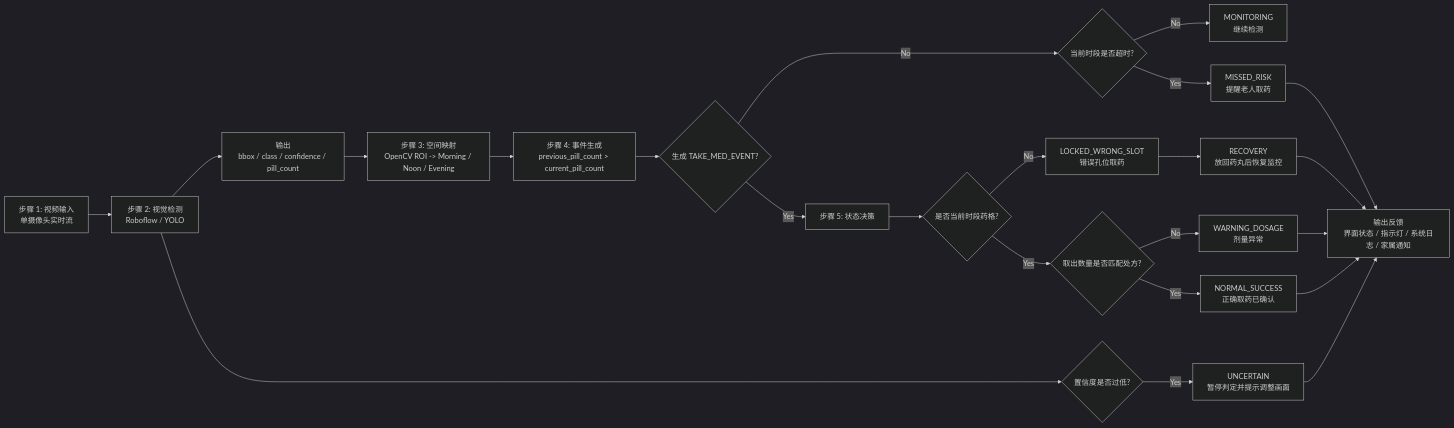
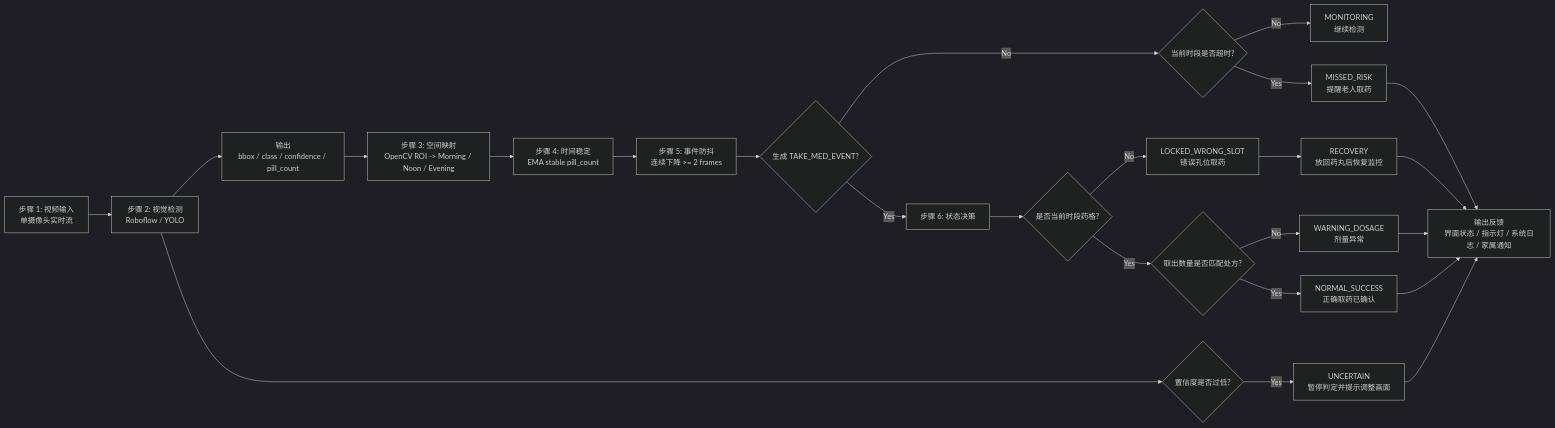
One commit to eleanor-wsyy/Smart_pillbox changed the diagram in docs/v4_flowchart_mermaid.md. Above: the diagram before and after it, drawn with Mermaid (dark theme). The commit also changed other lines of this file and 5 other files, not shown here.

Commit message:
feat: stabilize pill count take events

````diff
--- a/docs/v4_flowchart_mermaid.md
+++ b/docs/v4_flowchart_mermaid.md
@@ -5,25 +5,26 @@
 ```mermaid
 flowchart LR
     A["步骤 1: 视频输入<br/>单摄像头实时流"] --> B["步骤 2: 视觉检测<br/>Roboflow / YOLO"]
     B --> C["输出<br/>bbox / class / confidence / pill_count"]
     C --> D["步骤 3: 空间映射<br/>OpenCV ROI -> Morning / Noon / Evening"]
-    D --> E["步骤 4: 事件生成<br/>previous_pill_count > current_pill_count"]
-    E --> F{"生成 TAKE_MED_EVENT?"}
-    F -->|No| G{"当前时段是否超时?"}
-    G -->|No| H["MONITORING<br/>继续检测"]
-    G -->|Yes| I["MISSED_RISK<br/>提醒老人取药"]
-    F -->|Yes| J["步骤 5: 状态决策"]
-    J --> K{"是否当前时段药格?"}
-    K -->|No| L["LOCKED_WRONG_SLOT<br/>错误孔位取药"]
-    K -->|Yes| M{"取出数量是否匹配处方?"}
-    M -->|No| N["WARNING_DOSAGE<br/>剂量异常"]
-    M -->|Yes| O["NORMAL_SUCCESS<br/>正确取药已确认"]
-    B --> P{"置信度是否过低?"}
-    P -->|Yes| Q["UNCERTAIN<br/>暂停判定并提示调整画面"]
-    L --> R["RECOVERY<br/>放回药丸后恢复监控"]
-    N --> S["输出反馈<br/>界面状态 / 指示灯 / 系统日志 / 家属通知"]
-    I --> S
-    O --> S
-    Q --> S
-    R --> S
+    D --> E["步骤 4: 时间稳定<br/>EMA stable pill_count"]
+    E --> F["步骤 5: 事件防抖<br/>连续下降 >= 2 frames"]
+    F --> G{"生成 TAKE_MED_EVENT?"}
+    G -->|No| H{"当前时段是否超时?"}
+    H -->|No| I["MONITORING<br/>继续检测"]
+    H -->|Yes| J["MISSED_RISK<br/>提醒老人取药"]
+    G -->|Yes| K["步骤 6: 状态决策"]
+    K --> L{"是否当前时段药格?"}
+    L -->|No| M["LOCKED_WRONG_SLOT<br/>错误孔位取药"]
+    L -->|Yes| N{"取出数量是否匹配处方?"}
+    N -->|No| O["WARNING_DOSAGE<br/>剂量异常"]
+    N -->|Yes| P["NORMAL_SUCCESS<br/>正确取药已确认"]
+    B --> Q{"置信度是否过低?"}
+    Q -->|Yes| R["UNCERTAIN<br/>暂停判定并提示调整画面"]
+    M --> S["RECOVERY<br/>放回药丸后恢复监控"]
+    O --> T["输出反馈<br/>界面状态 / 指示灯 / 系统日志 / 家属通知"]
+    J --> T
+    P --> T
+    R --> T
+    S --> T
 ```
````
